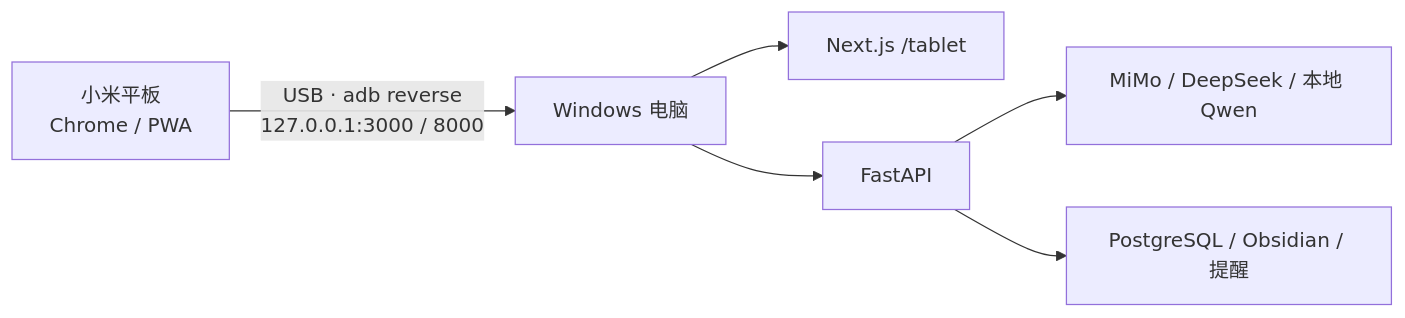
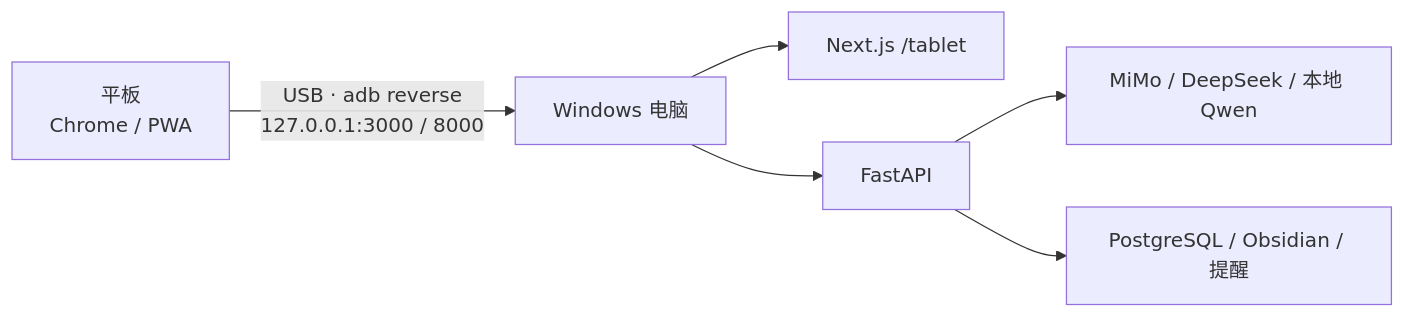
The diagram in docs/SPRINT_21.md (Lyb-L-dev/jarvis-os), drawn with Mermaid before and after one commit. The commit also changed other lines of this file and 19 other files, not shown here.

````diff
--- a/docs/SPRINT_21.md
+++ b/docs/SPRINT_21.md
@@ -10,8 +10,8 @@
 ```mermaid
 flowchart LR
-    TABLET["小米平板\nChrome / PWA"] -->|"USB · adb reverse\n127.0.0.1:3000 / 8000"| PC["Windows 电脑"]
+    TABLET["平板\nChrome / PWA"] -->|"USB · adb reverse\n127.0.0.1:3000 / 8000"| PC["Windows 电脑"]
     PC --> WEB["Next.js /tablet"]
     PC --> API["FastAPI"]
     API --> MODEL["MiMo / DeepSeek / 本地 Qwen"]
     API --> DATA["PostgreSQL / Obsidian / 提醒"]
 ```
````
